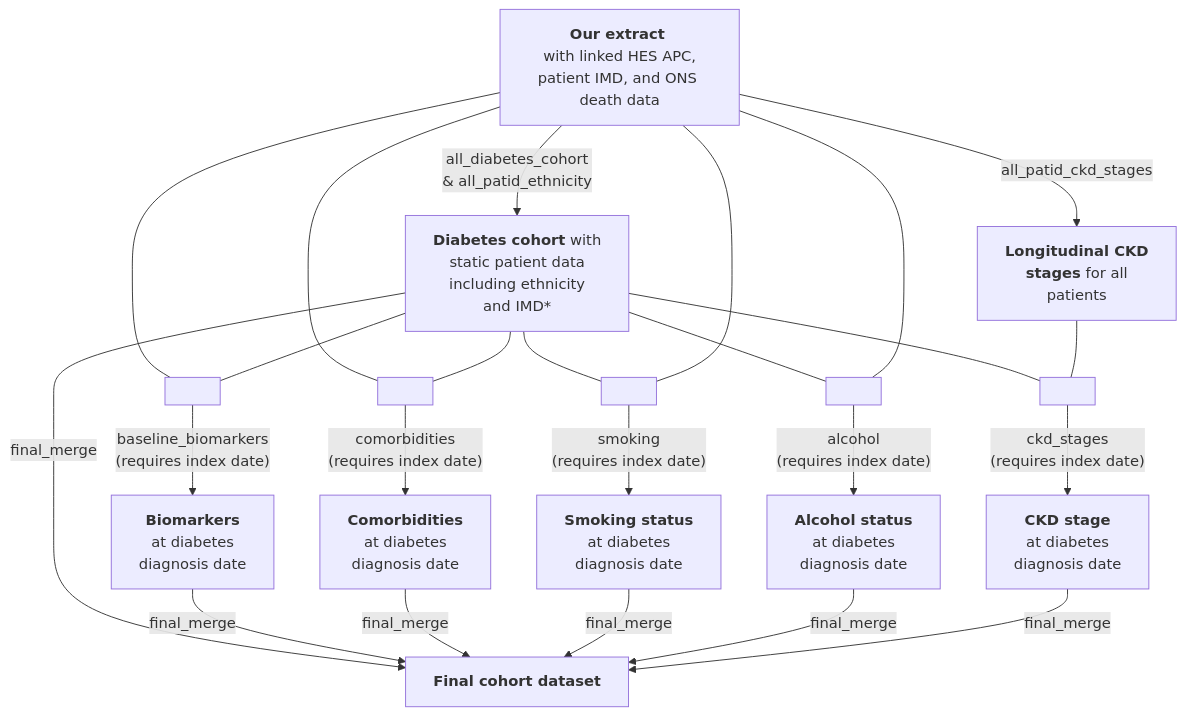
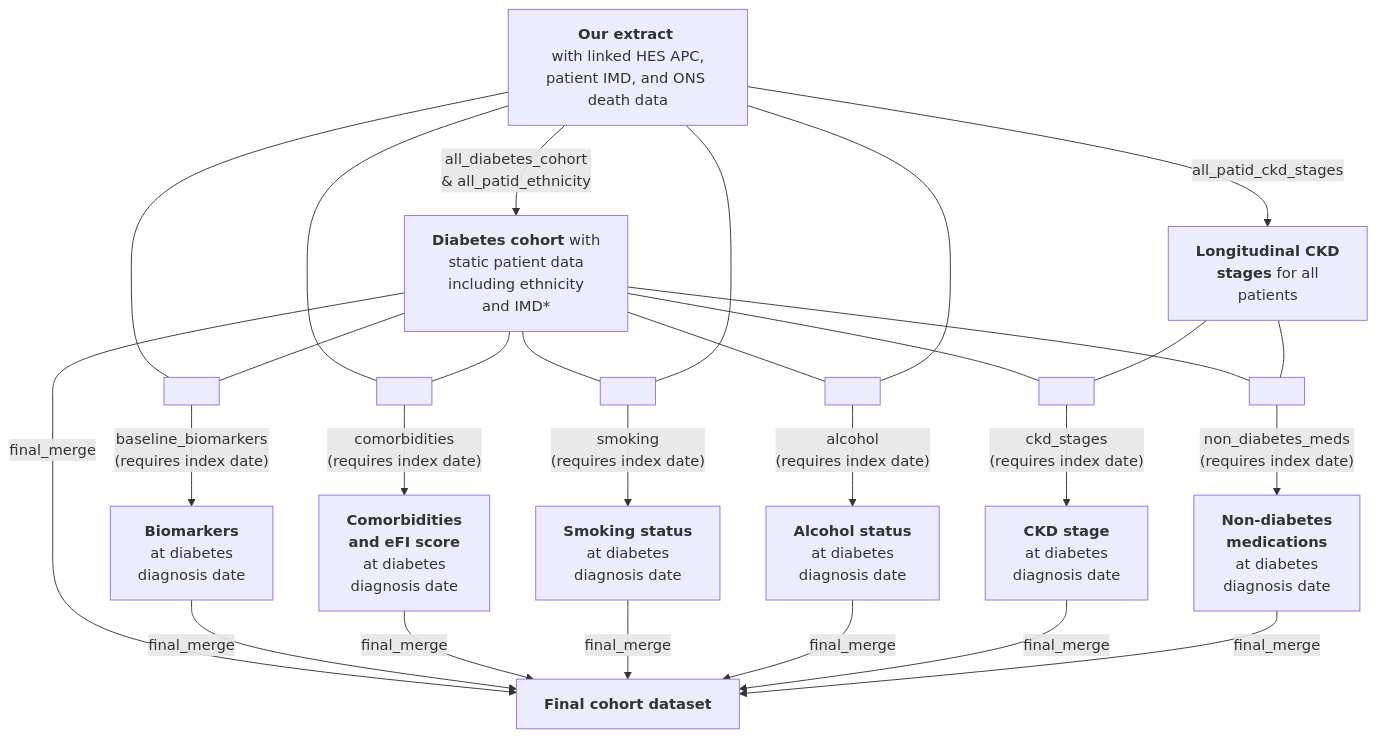
One commit to Exeter-Diabetes/CPRD-Cohort-scripts changed the diagram in 01-At-diagnosis/README.md. Above: the diagram before and after it, drawn with Mermaid.

````diff
--- a/01-At-diagnosis/README.md
+++ b/01-At-diagnosis/README.md
@@ -11,32 +11,37 @@
 ```mermaid
 graph TD;
     A["<b>Our extract</b> <br> with linked HES APC, patient IMD, and ONS death data"] --> |"all_diabetes_cohort <br> & all_patid_ethnicity"|B["<b>Diabetes cohort</b> with <br> static patient data <br> including ethnicity <br> and IMD*"]
     A-->|"all_patid_ckd_stages"|C["<b>Longitudinal CKD <br> stages</b> for all <br> patients"]
 
     A---M[ ]:::empty
     B---M
     M-->|"baseline_biomarkers <br> (requires index date)"|E["<b>Biomarkers</b> <br> at diabetes <br> diagnosis date"]
    
     A---N[ ]:::empty
     B---N
-    N-->|"comorbidities <br> (requires index date)"|F["<b>Comorbidities</b> <br> at diabetes <br> diagnosis date"]
+    N-->|"comorbidities <br> (requires index date)"|F["<b>Comorbidities<br>and eFI score</b> <br> at diabetes <br> diagnosis date"]
 
     B---O[ ]:::empty
     A---O
     O-->|"smoking <br> (requires index date)"|G["<b>Smoking status</b> <br> at diabetes <br> diagnosis date"]
     
     B---P[ ]:::empty
     A---P
     P-->|"alcohol <br> (requires index date)"|H["<b>Alcohol status</b> <br> at diabetes <br> diagnosis date"]
     
     B---Q[ ]:::empty
     C---Q
     Q-->|"ckd_stages <br> (requires index date)"|I["<b>CKD stage </b> <br> at diabetes <br> diagnosis date"]
-    
+
+    B---R[ ]:::empty
+    C---R
+    R-->|"non_diabetes_meds <br> (requires index date)"|K["<b>Non-diabetes<br>medications</b> <br> at diabetes <br> diagnosis date"]
+
     B-->|"final_merge"|J["<b>Final cohort dataset</b>"]
     E-->|"final_merge"|J
     F-->|"final_merge"|J
     G-->|"final_merge"|J
     H-->|"final_merge"|J
     I-->|"final_merge"|J
+    K-->|"final_merge"|J
 ```
````
